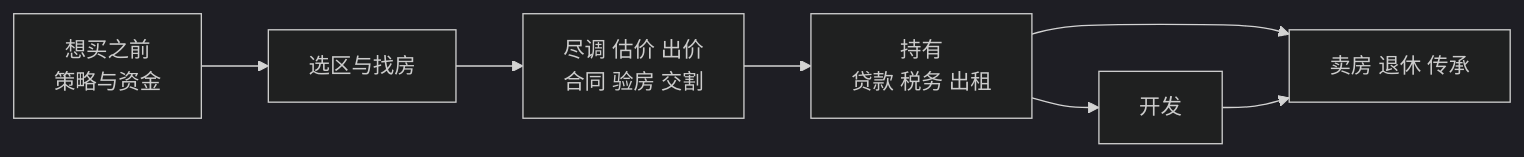
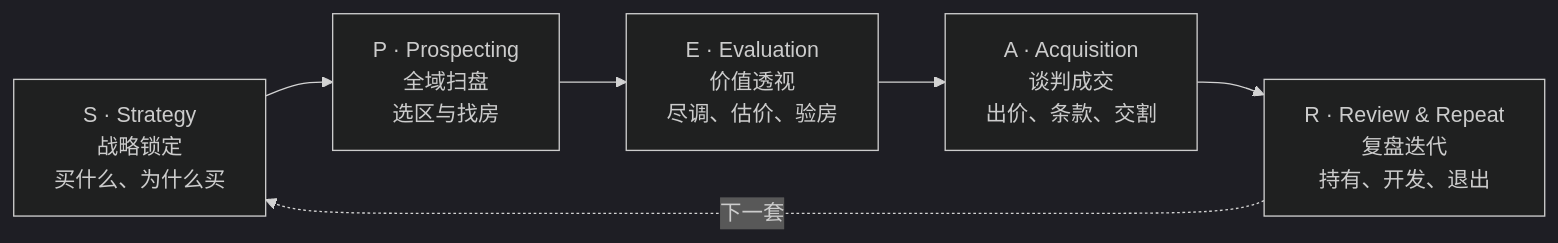
The diagram in README.md (theshuailuo/aus-property-skills), drawn with Mermaid (dark theme) before and after one commit. The commit also changed other lines of this file and 6 other files, not shown here.

First line of the commit message:
docs: SPEAR flow, English CTA, channel link, fuller trademark list

````diff
--- a/README.md
+++ b/README.md
@@ -13,9 +15,8 @@
 ```mermaid
 flowchart LR
-  A[想买之前<br/>策略与资金] --> B[选区与找房]
-  B --> C[尽调 估价 出价<br/>合同 验房 交割]
-  C --> D[持有<br/>贷款 税务 出租]
-  D --> E[开发]
-  D --> F[卖房 退休 传承]
-  E --> F
+  S["S · Strategy<br/>战略锁定<br/>买什么、为什么买"] --> P["P · Prospecting<br/>全域扫盘<br/>选区与找房"]
+  P --> E["E · Evaluation<br/>价值透视<br/>尽调、估价、验房"]
+  E --> A["A · Acquisition<br/>谈判成交<br/>出价、条款、交割"]
+  A --> R["R · Review & Repeat<br/>复盘迭代<br/>持有、开发、退出"]
+  R -. 下一套 .-> S
 ```
````
